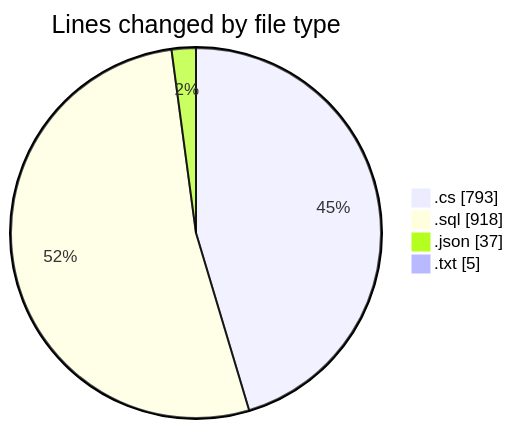
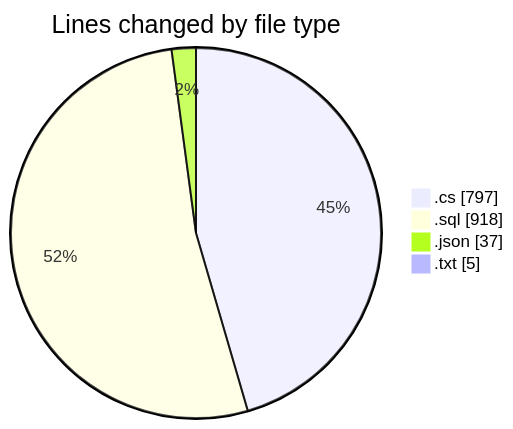
The first of 2 diagrams in 2025-04-04/back-end/README.md (Netris89/code-tracking), drawn with Mermaid before and after one commit. The commit also changed other lines of this file and 1 other file, not shown here.

````diff
--- a/2025-04-04/back-end/README.md
+++ b/2025-04-04/back-end/README.md
@@ -27,8 +27,8 @@
 ```mermaid
 pie showData
 title Lines changed by file type
-".cs" : 793
+".cs" : 797
 ".sql" : 918
 ".json" : 37
 ".txt" : 5
 ```
````
